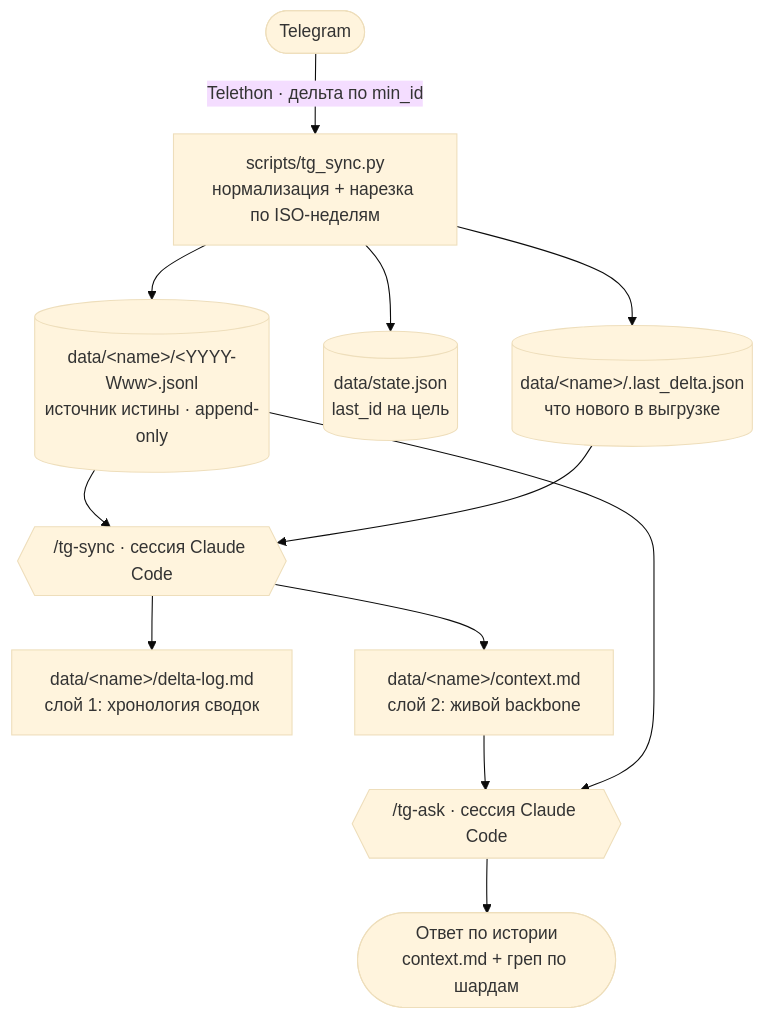
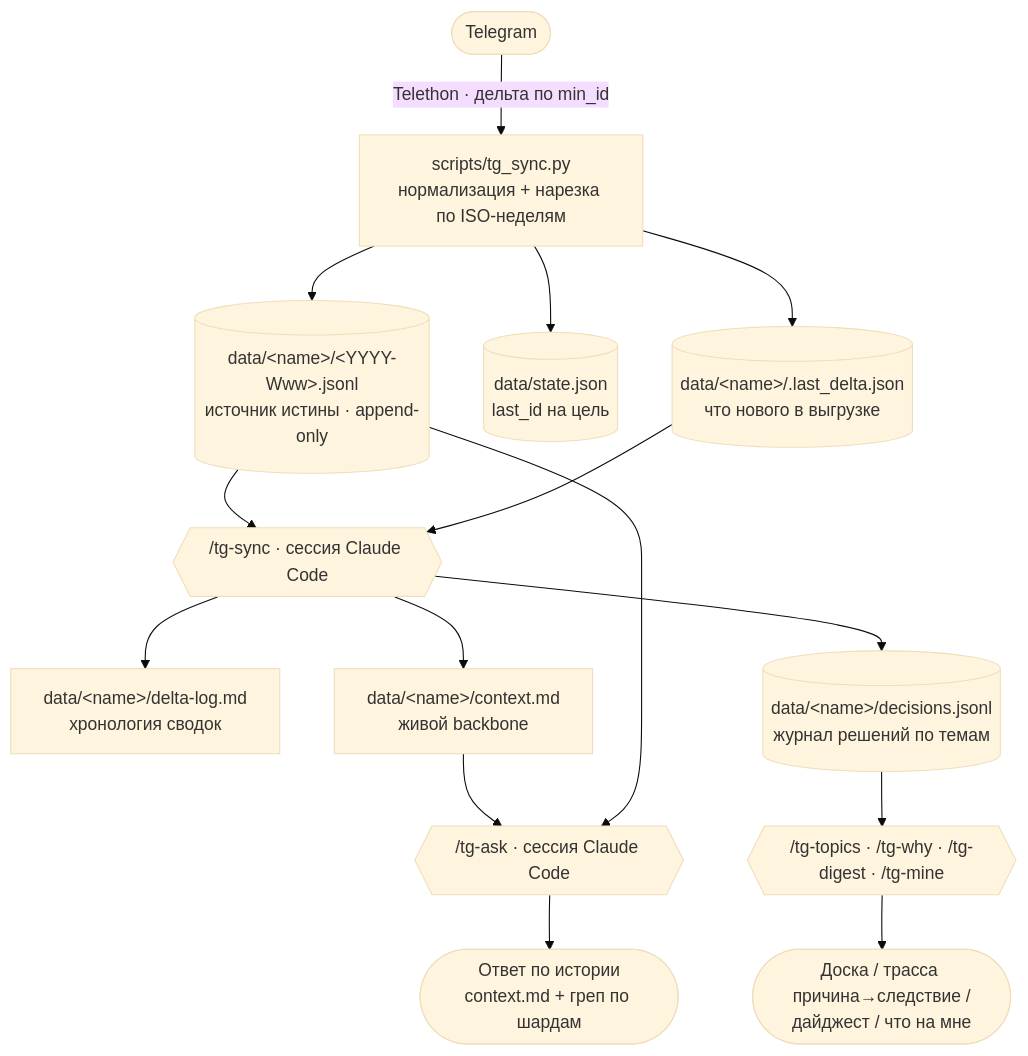
The diagram in README.md (DiorditsPV/telegram-chat-digest), drawn with Mermaid (base theme) before and after one commit. The commit also changed other lines of this file and 4 other files, not shown here.

````diff
--- a/README.md
+++ b/README.md
@@ -24,17 +28,20 @@
 ```mermaid
 flowchart TD
     TG([Telegram]) -->|"Telethon · дельта по min_id"| SYNC["scripts/tg_sync.py<br/>нормализация + нарезка по ISO-неделям"]
 
     SYNC --> SHARDS[("data/&lt;name&gt;/&lt;YYYY-Www&gt;.jsonl<br/>источник истины · append-only")]
     SYNC --> STATE[("data/state.json<br/>last_id на цель")]
     SYNC --> DELTA[("data/&lt;name&gt;/.last_delta.json<br/>что нового в выгрузке")]
 
     SHARDS --> SYNCCMD{{"/tg-sync · сессия Claude Code"}}
     DELTA --> SYNCCMD
-    SYNCCMD --> LOG["data/&lt;name&gt;/delta-log.md<br/>слой 1: хронология сводок"]
-    SYNCCMD --> CTX["data/&lt;name&gt;/context.md<br/>слой 2: живой backbone"]
+    SYNCCMD --> LOG["data/&lt;name&gt;/delta-log.md<br/>хронология сводок"]
+    SYNCCMD --> CTX["data/&lt;name&gt;/context.md<br/>живой backbone"]
+    SYNCCMD --> DEC[("data/&lt;name&gt;/decisions.jsonl<br/>журнал решений по темам")]
 
     CTX --> ASKCMD{{"/tg-ask · сессия Claude Code"}}
     SHARDS --> ASKCMD
+    DEC --> DECCMD{{"/tg-topics · /tg-why · /tg-digest · /tg-mine"}}
     ASKCMD --> ANS(["Ответ по истории<br/>context.md + греп по шардам"])
+    DECCMD --> BRD(["Доска / трасса причина→следствие /<br/>дайджест / что на мне"])
 ```
````
